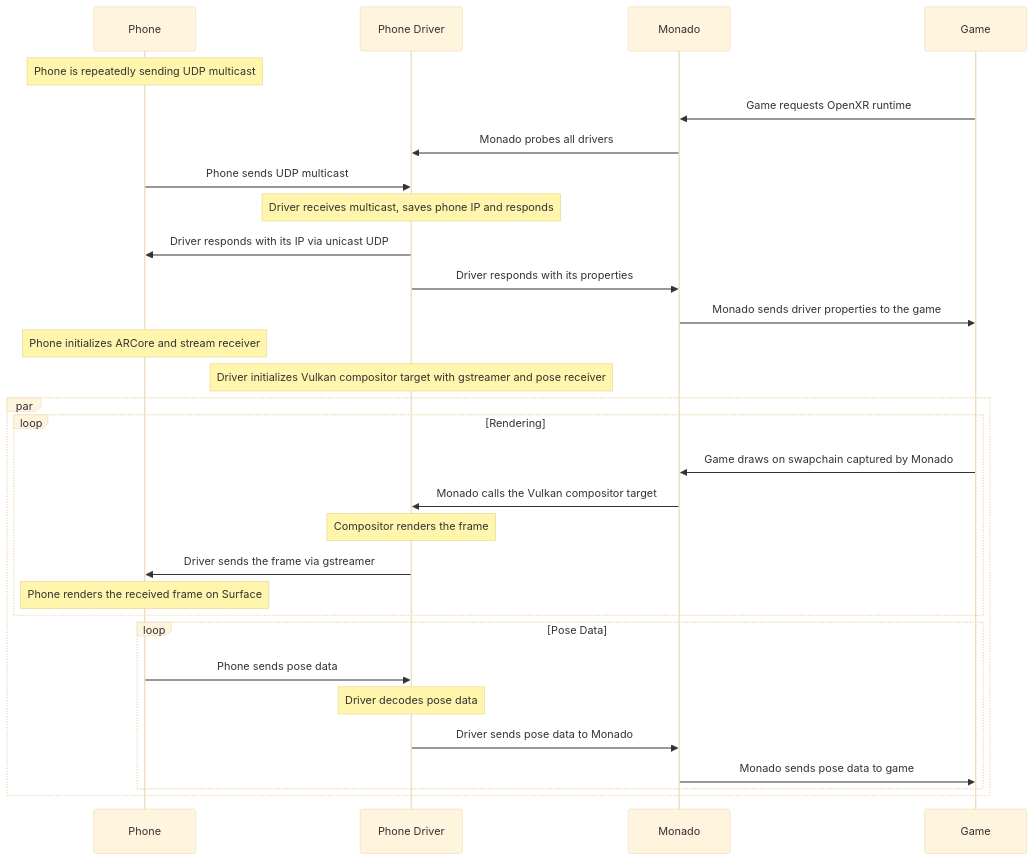
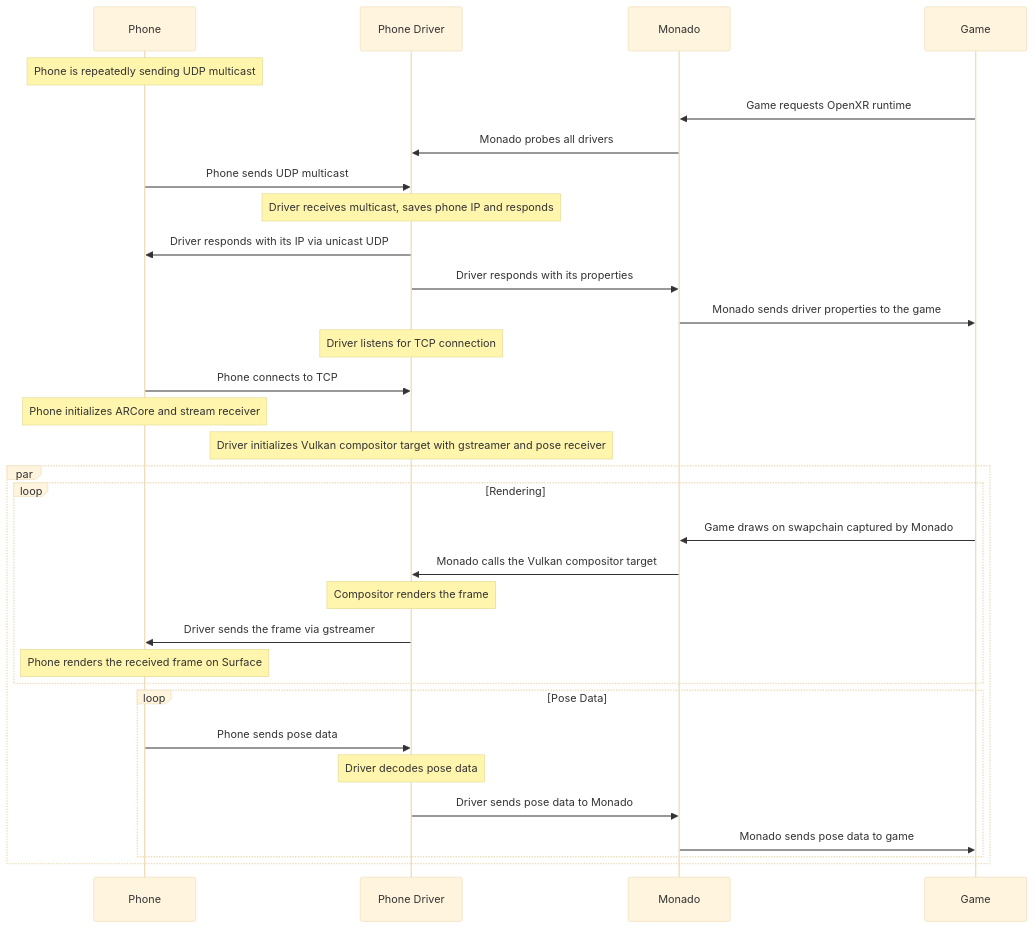
The diagram in README.md (ttomf/monado-phone), drawn with Mermaid (base theme) before and after one commit. The commit also changed other lines of this file and 10 other files, not shown here.

````diff
--- a/README.md
+++ b/README.md
@@ -131,34 +131,36 @@
 ```mermaid
 sequenceDiagram
   participant P as Phone
   participant D as Phone Driver
   participant M as Monado
   participant G as Game
 
   Note over P: Phone is repeatedly sending UDP multicast
   G->>M: Game requests OpenXR runtime
   M->>D: Monado probes all drivers
   P->>D: Phone sends UDP multicast
   Note over D: Driver receives multicast, saves phone IP and responds
   D->>P: Driver responds with its IP via unicast UDP
   D->>M: Driver responds with its properties
   M->>G: Monado sends driver properties to the game
+  Note over D: Driver listens for TCP connection
+  P->>D: Phone connects to TCP
   Note over P: Phone initializes ARCore and stream receiver
   Note over D: Driver initializes Vulkan compositor target with gstreamer and pose receiver
 
   par
     loop Rendering
       G->>M: Game draws on swapchain captured by Monado
       M->>D: Monado calls the Vulkan compositor target
       Note over D: Compositor renders the frame
       D->>P: Driver sends the frame via gstreamer
       Note over P: Phone renders the received frame on Surface
     end
     loop Pose Data
       P->>D: Phone sends pose data
       Note over D: Driver decodes pose data
       D->>M: Driver sends pose data to Monado
       M->>G: Monado sends pose data to game
     end
   end
 ```
````
